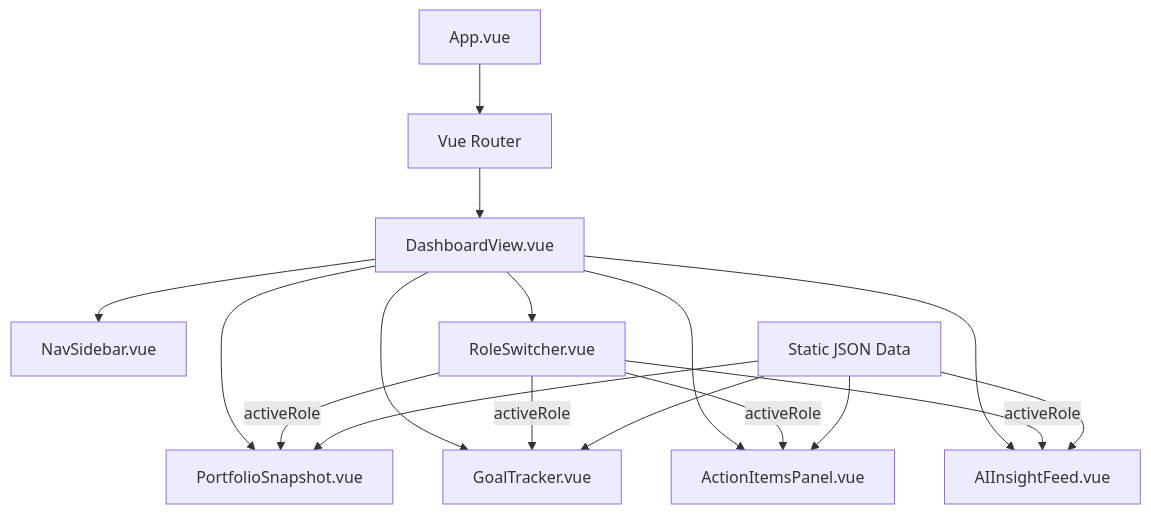
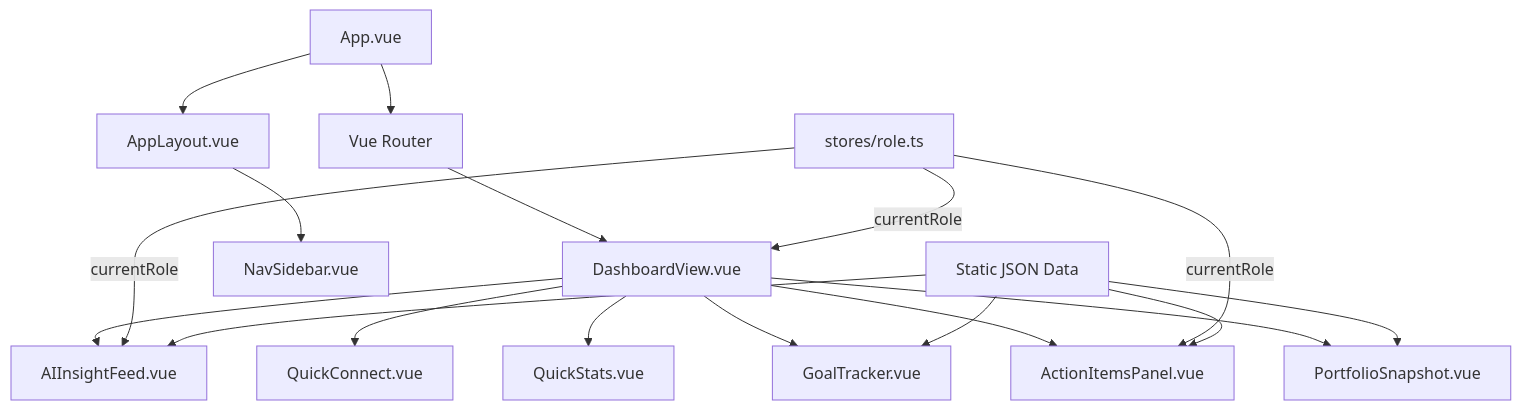
The diagram in memory-bank/systemPatterns.md (emily-boggs/protogen-301-operational-dashboard), drawn with Mermaid before and after one commit. The commit also changed other lines of this file and 6 other files, not shown here.

````diff
--- a/memory-bank/systemPatterns.md
+++ b/memory-bank/systemPatterns.md
@@ -11,21 +11,22 @@
 ```mermaid
 flowchart TD
     App[App.vue] --> Router[Vue Router]
     Router --> DV[DashboardView.vue]
-    DV --> NS[NavSidebar.vue]
-    DV --> RS[RoleSwitcher.vue]
+    App --> AL[AppLayout.vue]
+    AL --> NS[NavSidebar.vue]
     DV --> PS[PortfolioSnapshot.vue]
     DV --> GT[GoalTracker.vue]
     DV --> AIP[ActionItemsPanel.vue]
     DV --> AIF[AIInsightFeed.vue]
+    DV --> QS[QuickStats.vue]
+    DV --> QC[QuickConnect.vue]
 
-    RS -->|activeRole| PS
-    RS -->|activeRole| GT
-    RS -->|activeRole| AIP
-    RS -->|activeRole| AIF
+    RoleStore[stores/role.ts] -->|currentRole| DV
+    RoleStore -->|currentRole| AIP
+    RoleStore -->|currentRole| AIF
 
     Data[Static JSON Data] --> PS
     Data --> GT
     Data --> AIP
     Data --> AIF
 ```
````
